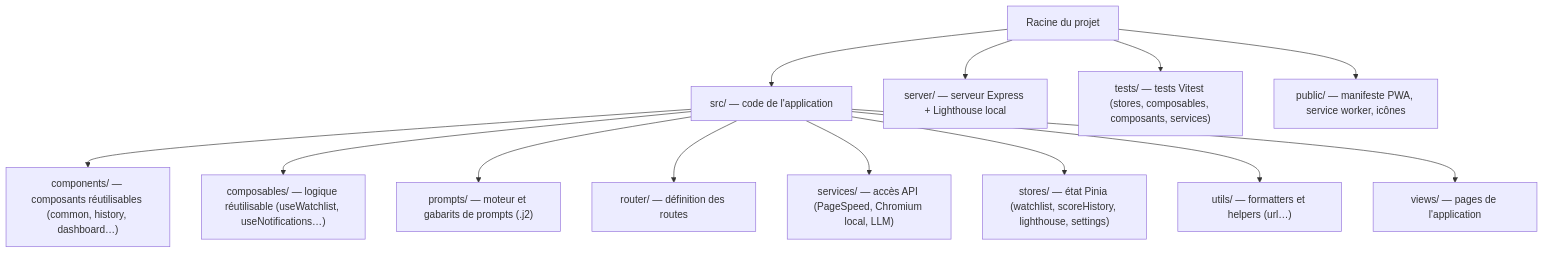
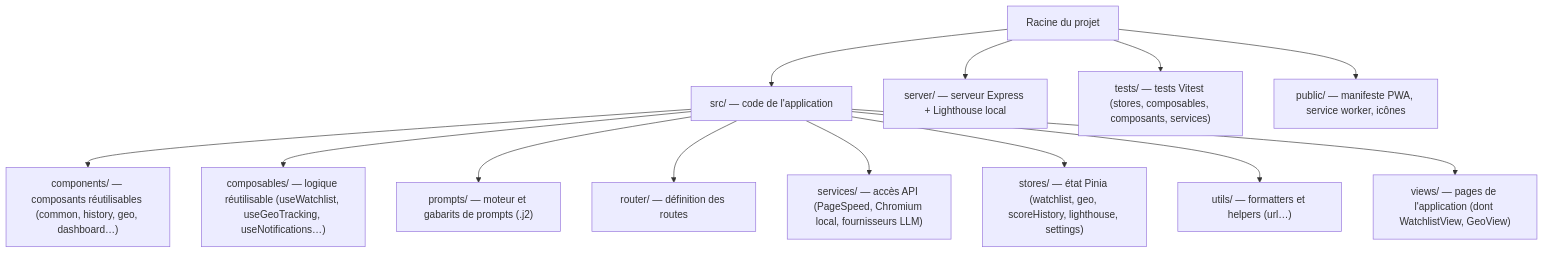
The sixth of 6 diagrams in README.md (venantvr-web/vuejs.lighthouse.llm), drawn with Mermaid before and after one commit. The commit also changed other lines of this file and 1 other file, not shown here.

First line of the commit message:
docs: Document GEO tracking in README and add CLAUDE.md

````diff
--- a/README.md
+++ b/README.md
@@ -209,17 +226,17 @@
 ```mermaid
 graph TD
     root["Racine du projet"]
     root --> src["src/ — code de l'application"]
     root --> server["server/ — serveur Express + Lighthouse local"]
     root --> tests["tests/ — tests Vitest (stores, composables, composants, services)"]
     root --> public["public/ — manifeste PWA, service worker, icônes"]
 
-    src --> components["components/ — composants réutilisables (common, history, dashboard…)"]
-    src --> composables["composables/ — logique réutilisable (useWatchlist, useNotifications…)"]
+    src --> components["components/ — composants réutilisables (common, history, geo, dashboard…)"]
+    src --> composables["composables/ — logique réutilisable (useWatchlist, useGeoTracking, useNotifications…)"]
     src --> prompts["prompts/ — moteur et gabarits de prompts (.j2)"]
     src --> router["router/ — définition des routes"]
-    src --> services["services/ — accès API (PageSpeed, Chromium local, LLM)"]
-    src --> stores["stores/ — état Pinia (watchlist, scoreHistory, lighthouse, settings)"]
+    src --> services["services/ — accès API (PageSpeed, Chromium local, fournisseurs LLM)"]
+    src --> stores["stores/ — état Pinia (watchlist, geo, scoreHistory, lighthouse, settings)"]
     src --> utils["utils/ — formatters et helpers (url…)"]
-    src --> views["views/ — pages de l'application"]
+    src --> views["views/ — pages de l'application (dont WatchlistView, GeoView)"]
 ```
````
